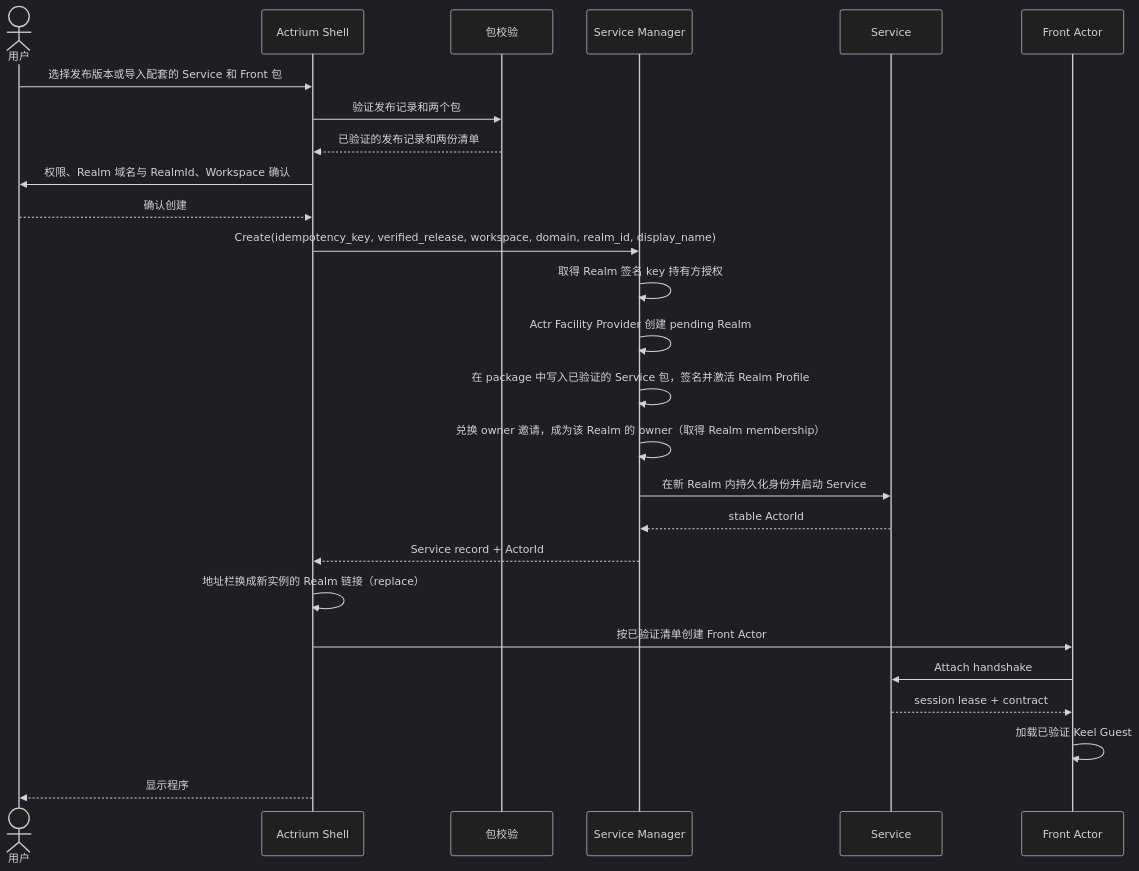
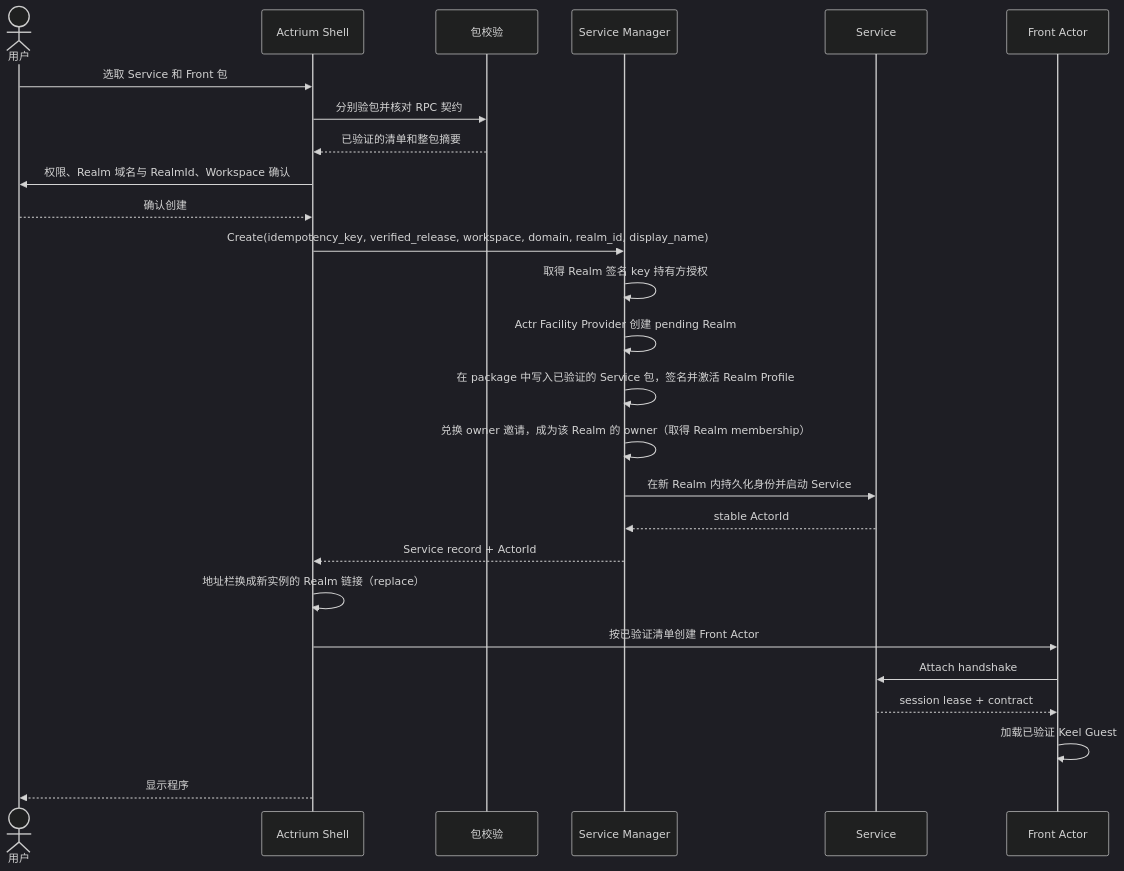
Before and after one commit to Actrium/actrium: the diagram in docs/product/actrium-v1/03-user-experience.zh.md, drawn with Mermaid (dark theme). The commit also changed other lines of this file and 36 other files, not shown here.

First line of the commit message:
docs(protocol): let Realms select Service and Front packages (#428)

````diff
--- a/docs/product/actrium-v1/03-user-experience.zh.md
+++ b/docs/product/actrium-v1/03-user-experience.zh.md
@@ -116,29 +114,29 @@
 ```mermaid
 sequenceDiagram
     actor U as 用户
     participant A as Actrium Shell
     participant P as 包校验
     participant M as Service Manager
     participant S as Service
     participant F as Front Actor
 
-    U->>A: 选择发布版本或导入配套的 Service 和 Front 包
-    A->>P: 验证发布记录和两个包
-    P-->>A: 已验证的发布记录和两份清单
+    U->>A: 选取 Service 和 Front 包
+    A->>P: 分别验包并核对 RPC 契约
+    P-->>A: 已验证的清单和整包摘要
     A->>U: 权限、Realm 域名与 RealmId、Workspace 确认
     U-->>A: 确认创建
     A->>M: Create(idempotency_key, verified_release, workspace, domain, realm_id, display_name)
     M->>M: 取得 Realm 签名 key 持有方授权
     M->>M: Actr Facility Provider 创建 pending Realm
     M->>M: 在 package 中写入已验证的 Service 包，签名并激活 Realm Profile
     M->>M: 兑换 owner 邀请，成为该 Realm 的 owner（取得 Realm membership）
     M->>S: 在新 Realm 内持久化身份并启动 Service
     S-->>M: stable ActorId
     M-->>A: Service record + ActorId
     A->>A: 地址栏换成新实例的 Realm 链接（replace）
     A->>F: 按已验证清单创建 Front Actor
     F->>S: Attach handshake
     S-->>F: session lease + contract
     F->>F: 加载已验证 Keel Guest
     A-->>U: 显示程序
 ```
````
